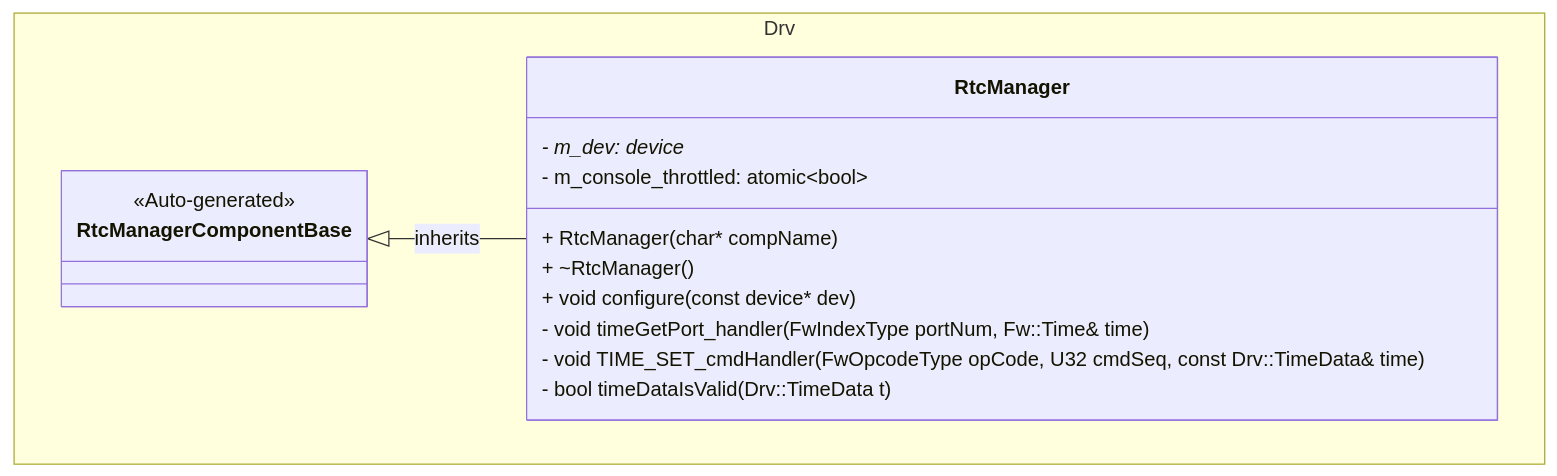
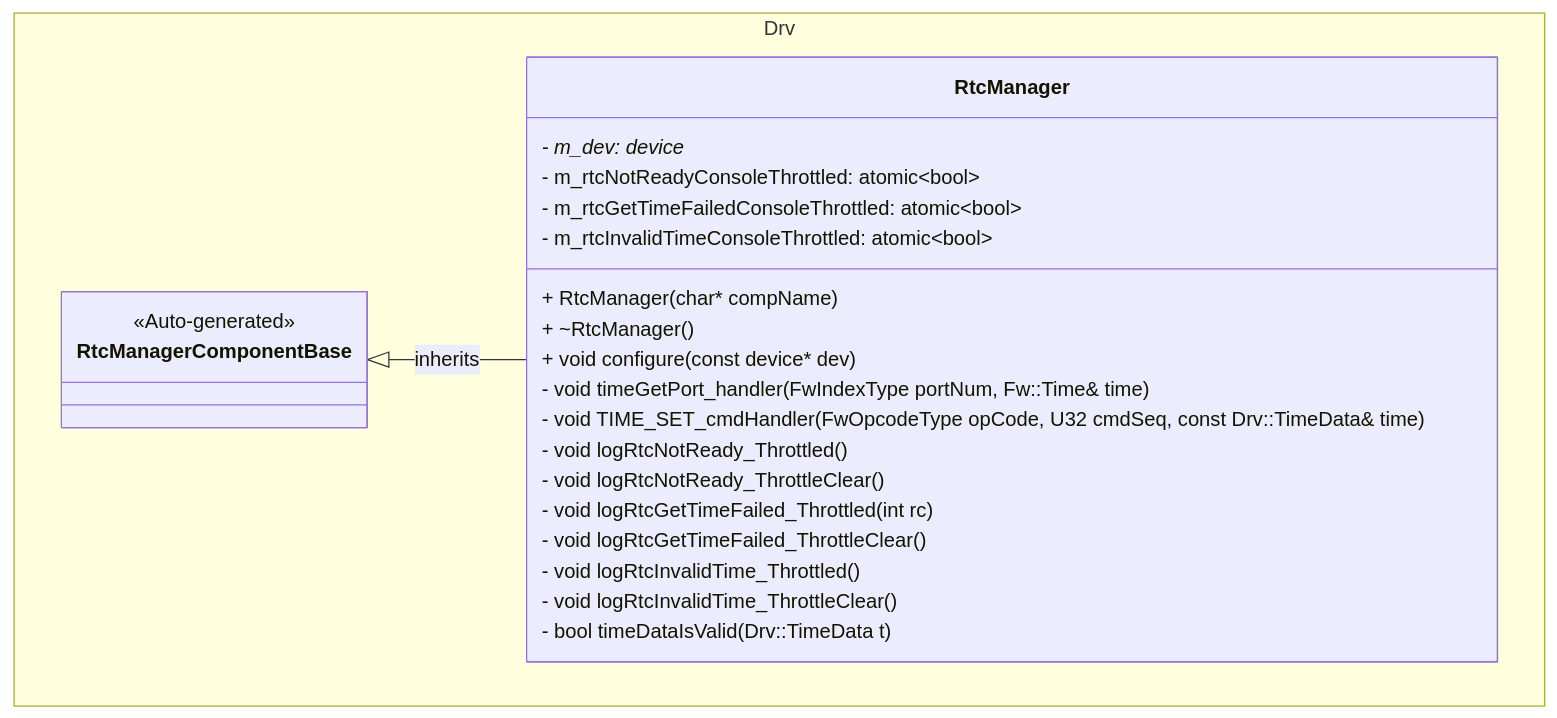
The first of 8 diagrams in PROVESFlightControllerReference/Components/Drv/RtcManager/docs/sdd.md (Open-Source-Space-Foundation/proves-core-reference), drawn with Mermaid before and after one commit. The commit also changed 5 other files, not shown here.

````diff
--- a/PROVESFlightControllerReference/Components/Drv/RtcManager/docs/sdd.md
+++ b/PROVESFlightControllerReference/Components/Drv/RtcManager/docs/sdd.md
@@ -93,20 +93,28 @@
 ```mermaid
 classDiagram
     namespace Drv {
         class RtcManagerComponentBase {
             <<Auto-generated>>
         }
         class RtcManager {
             - m_dev: device*
-            - m_console_throttled: atomic~bool~
+            - m_rtcNotReadyConsoleThrottled: atomic~bool~
+            - m_rtcGetTimeFailedConsoleThrottled: atomic~bool~
+            - m_rtcInvalidTimeConsoleThrottled: atomic~bool~
 
             + RtcManager(char* compName)
             + ~RtcManager()
             + void configure(const device* dev)
             - void timeGetPort_handler(FwIndexType portNum, Fw::Time& time)
             - void TIME_SET_cmdHandler(FwOpcodeType opCode, U32 cmdSeq, const Drv::TimeData& time)
+            - void logRtcNotReady_Throttled()
+            - void logRtcNotReady_ThrottleClear()
+            - void logRtcGetTimeFailed_Throttled(int rc)
+            - void logRtcGetTimeFailed_ThrottleClear()
+            - void logRtcInvalidTime_Throttled()
+            - void logRtcInvalidTime_ThrottleClear()
             - bool timeDataIsValid(Drv::TimeData t)
         }
     }
     RtcManagerComponentBase <|-- RtcManager : inherits
 ```
````
